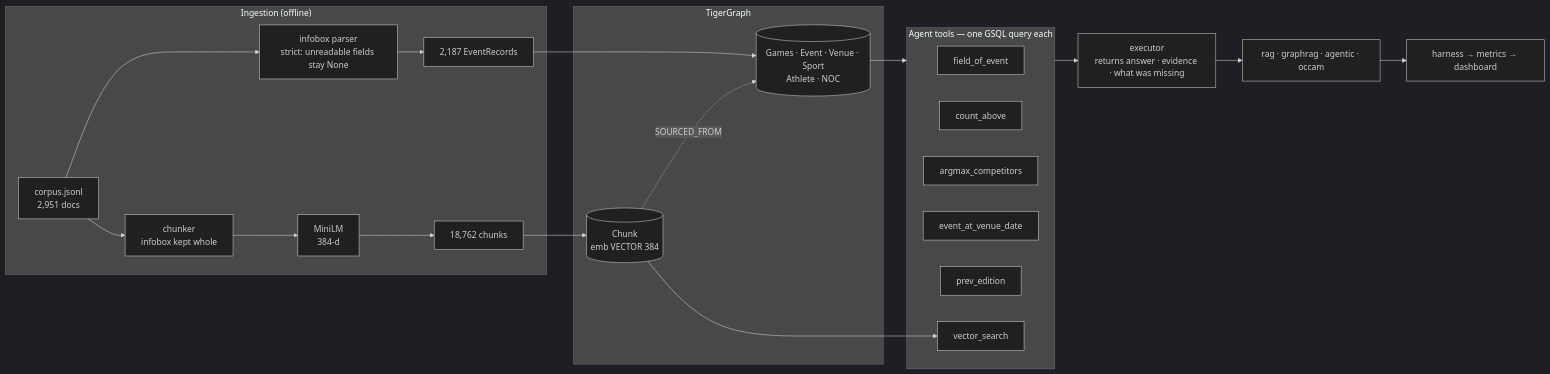
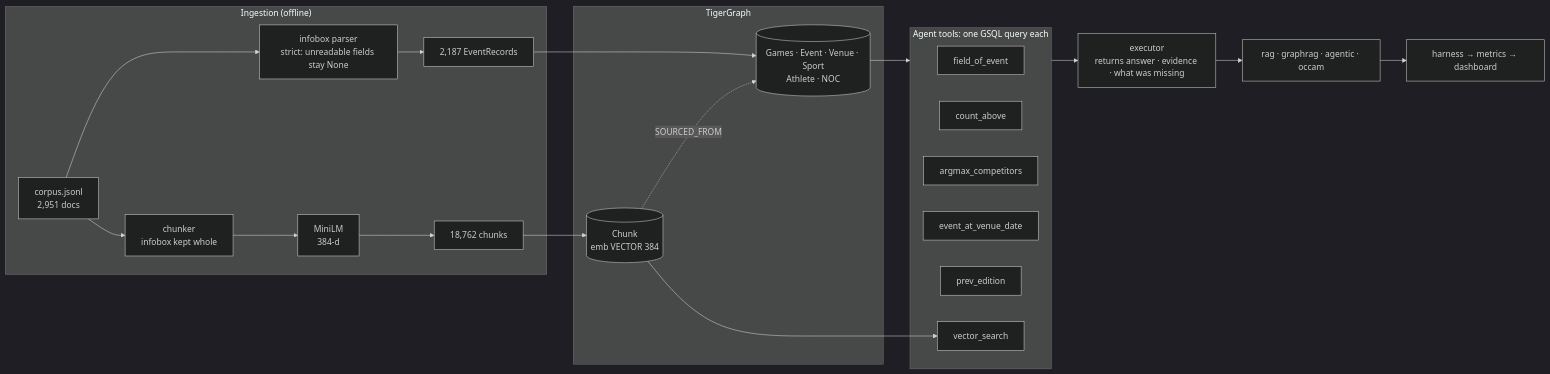
Before and after one commit to TusharTechs/occam-graphrag: the diagram in docs/architecture.md, drawn with Mermaid (dark theme). The commit also changed other lines of this file and 5 other files, not shown here.

First line of the commit message:
Drop em dashes from the architecture doc, dashboard and metadata

````diff
--- a/docs/architecture.md
+++ b/docs/architecture.md
@@ -5,29 +5,29 @@
 ```mermaid
 flowchart LR
     subgraph ingest["Ingestion (offline)"]
         C[corpus.jsonl<br/>2,951 docs] --> P[infobox parser<br/>strict: unreadable fields stay None]
         P --> E[2,187 EventRecords]
         C --> CH[chunker<br/>infobox kept whole] --> EM[MiniLM<br/>384-d] --> CK[18,762 chunks]
     end
 
     subgraph store["TigerGraph"]
         E --> GV[(Games · Event · Venue · Sport<br/>Athlete · NOC)]
         CK --> CV[(Chunk<br/>emb VECTOR 384)]
         CV -. SOURCED_FROM .-> GV
     end
 
-    subgraph tools["Agent tools — one GSQL query each"]
+    subgraph tools["Agent tools: one GSQL query each"]
         T1[field_of_event]
         T2[count_above]
         T3[argmax_competitors]
         T4[event_at_venue_date]
         T5[prev_edition]
         T6[vector_search]
     end
 
     GV --> tools
     CV --> T6
     tools --> EX[executor<br/>returns answer · evidence · what was missing]
     EX --> PIPE[rag · graphrag · agentic · occam]
     PIPE --> EV[harness → metrics → dashboard]
 ```
````
